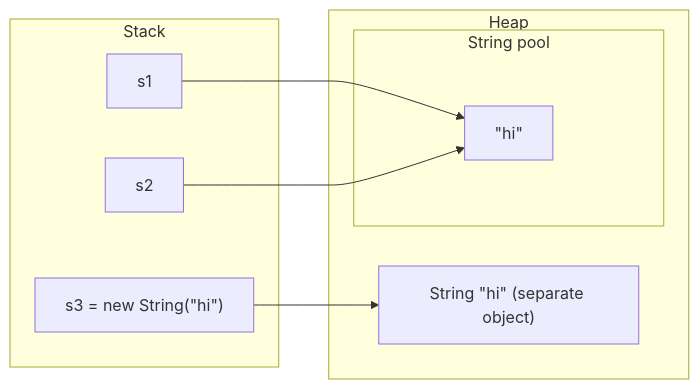
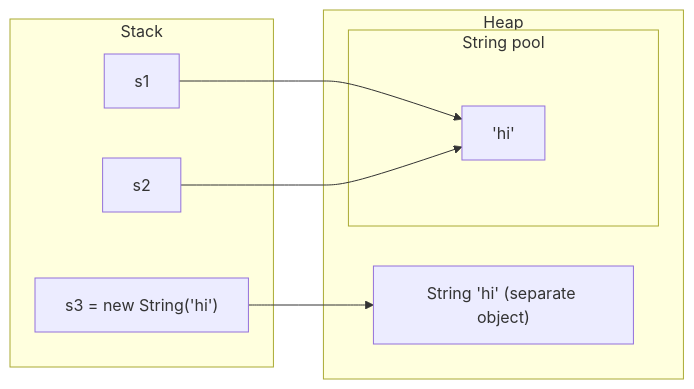
One commit to vasu1705/SDE-II-Prep changed the diagram in 02-languages/java/01-java-basics/03-strings.md. Above: the diagram before and after it, drawn with Mermaid. The commit also changed 1 other file, not shown here.

Commit message:
Fix Mermaid labels that GitHub failed to parse
GitHub decodes &quot; before Mermaid reads the diagram, which closed the
label early. Use single quotes inside quoted labels instead.

````diff
--- a/02-languages/java/01-java-basics/03-strings.md
+++ b/02-languages/java/01-java-basics/03-strings.md
@@ -18,17 +18,17 @@
 ```mermaid
 flowchart LR
     subgraph stack["Stack"]
         s1["s1"]
         s2["s2"]
-        s3["s3 = new String(&quot;hi&quot;)"]
+        s3["s3 = new String('hi')"]
     end
     subgraph heap["Heap"]
         subgraph pool["String pool"]
-            P["&quot;hi&quot;"]
+            P["'hi'"]
         end
-        N["String &quot;hi&quot; (separate object)"]
+        N["String 'hi' (separate object)"]
     end
     s1 --> P
     s2 --> P
     s3 --> N
 ```
````
